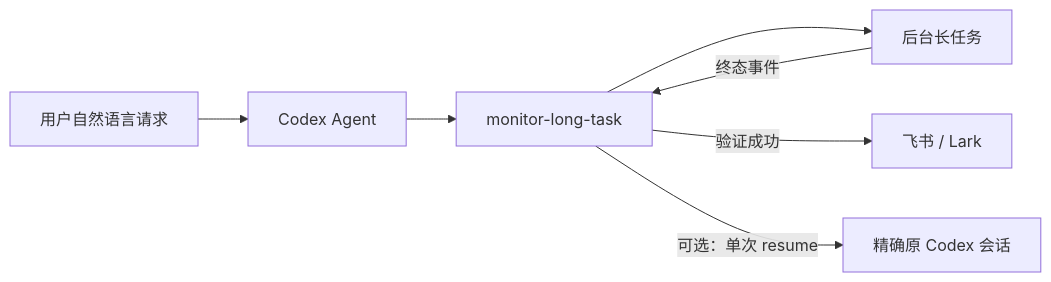
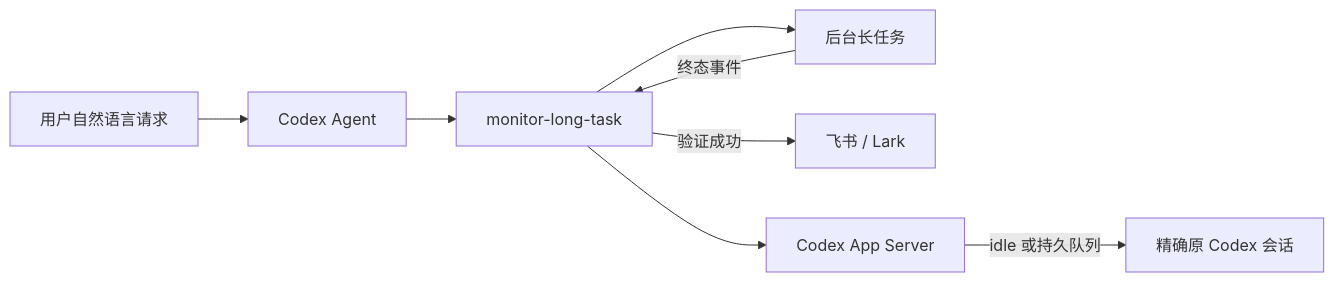
One commit to Zita-Go/monitor-long-task changed the diagram in README.md. Above: the diagram before and after it, drawn with Mermaid. The commit also changed other lines of this file and 5 other files, not shown here.

Commit message:
feat: wait for origin thread idle before resume

````diff
--- a/README.md
+++ b/README.md
@@ -113,9 +118,10 @@
 ```mermaid
 flowchart LR
     U[用户自然语言请求] --> A[Codex Agent]
     A --> M[monitor-long-task]
     M --> T[后台长任务]
     T -->|终态事件| M
     M -->|验证成功| F[飞书 / Lark]
-    M -->|可选：单次 resume| C[精确原 Codex 会话]
+    M --> S[Codex App Server]
+    S -->|idle 或持久队列| C[精确原 Codex 会话]
 ```
````
